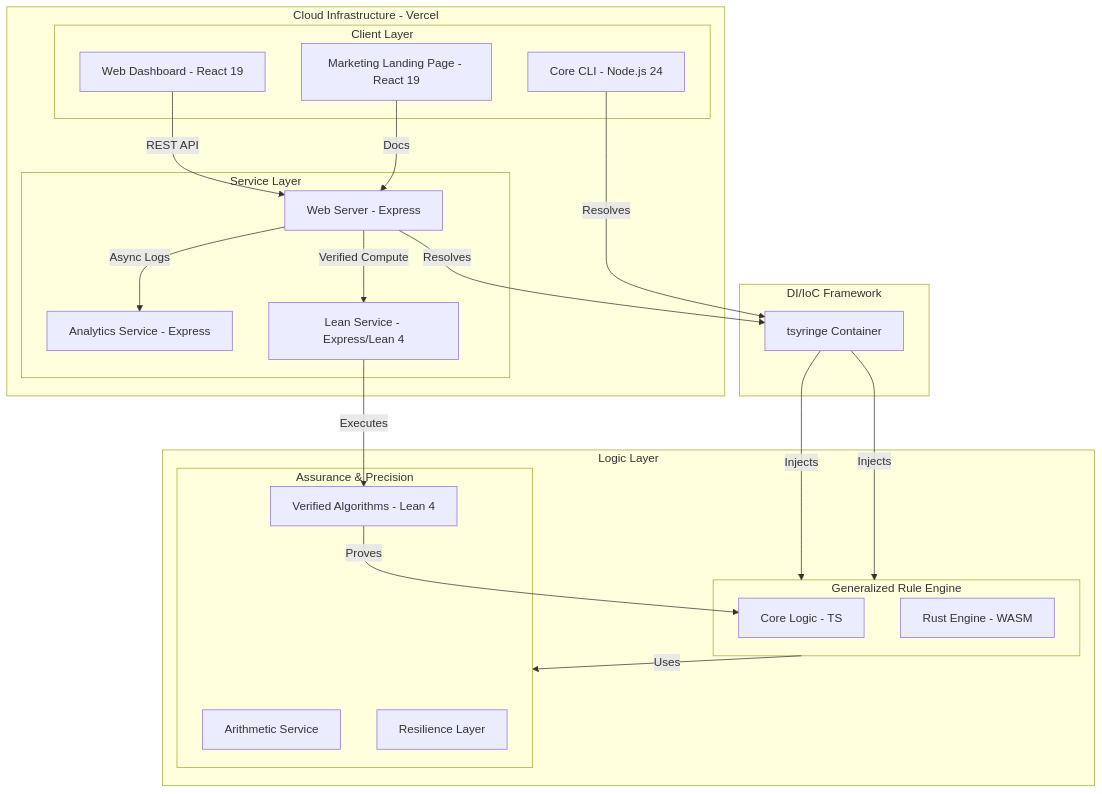
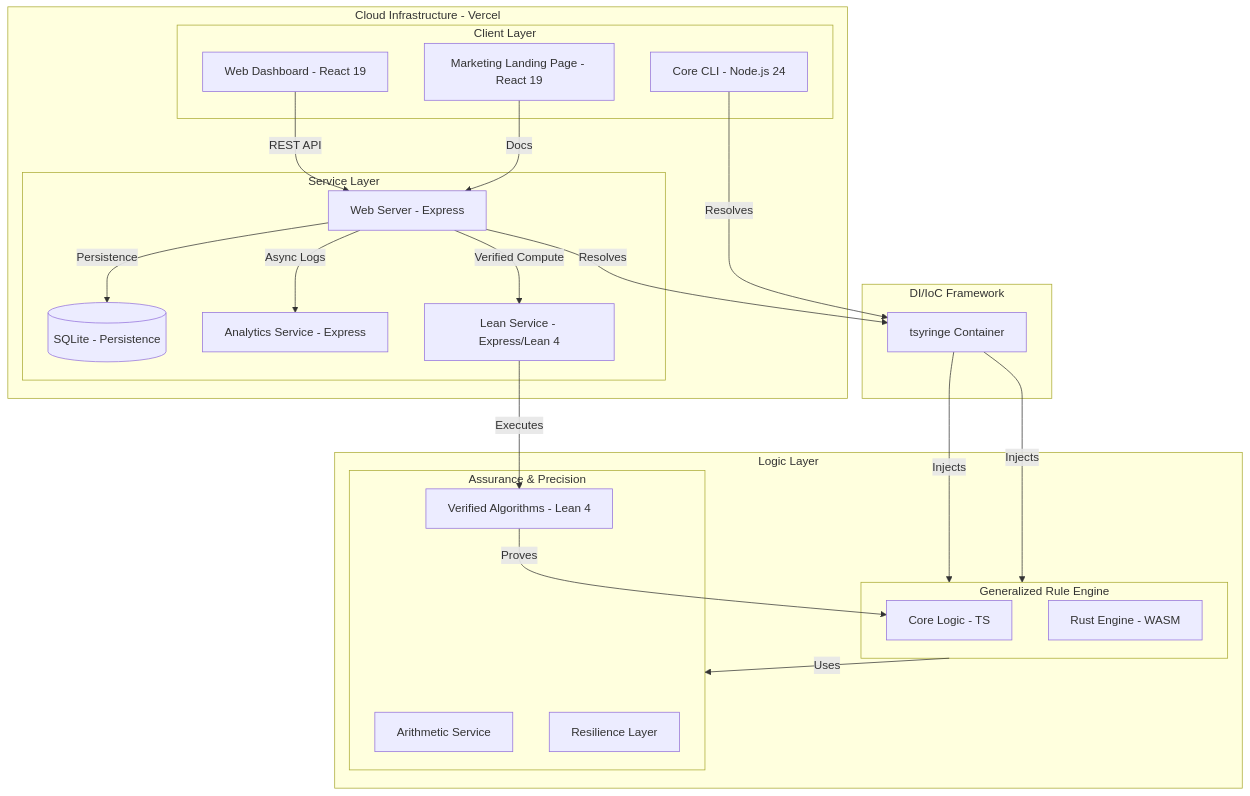
The second of 2 diagrams in README.md (CamJohnson26/agent-first-fizzbuzz-scalable), drawn with Mermaid before and after one commit. The commit also changed other lines of this file and 10 other files, not shown here.

````diff
--- a/README.md
+++ b/README.md
@@ -60,44 +60,46 @@
 ```mermaid
 graph TD
     subgraph Hosting [Cloud Infrastructure - Vercel]
         subgraph Client_Layer [Client Layer]
             WD[Web Dashboard - React 19]
             LP[Marketing Landing Page - React 19]
             CLI[Core CLI - Node.js 24]
         end
 
         subgraph Service_Layer [Service Layer]
             WS[Web Server - Express]
+            DB[(SQLite - Persistence)]
             AS[Analytics Service - Express]
             LS[Lean Service - Express/Lean 4]
         end
     end
 
     subgraph Logic_Layer [Logic Layer]
         subgraph Generalized_Engine [Generalized Rule Engine]
             CL[Core Logic - TS]
             RE[Rust Engine - WASM]
         end
         subgraph Assurance_Layer [Assurance & Precision]
             ASV[Arithmetic Service]
             RL[Resilience Layer]
             VA[Verified Algorithms - Lean 4]
         end
     end
 
     subgraph DI_IoC [DI/IoC Framework]
         DI[tsyringe Container]
     end
 
     WD -- REST API --> WS
     LP -- Docs --> WS
+    WS -- Persistence --> DB
     WS -- Resolves --> DI
     DI -- Injects --> Generalized_Engine
     WS -- Async Logs --> AS
     WS -- Verified Compute --> LS
     CLI -- Resolves --> DI
     DI -- Injects --> Generalized_Engine
     Generalized_Engine -- Uses --> Assurance_Layer
     VA -- Proves --> CL
     LS -- Executes --> VA
 ```
````
